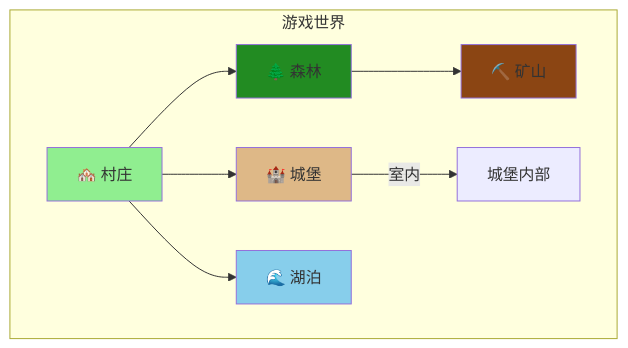
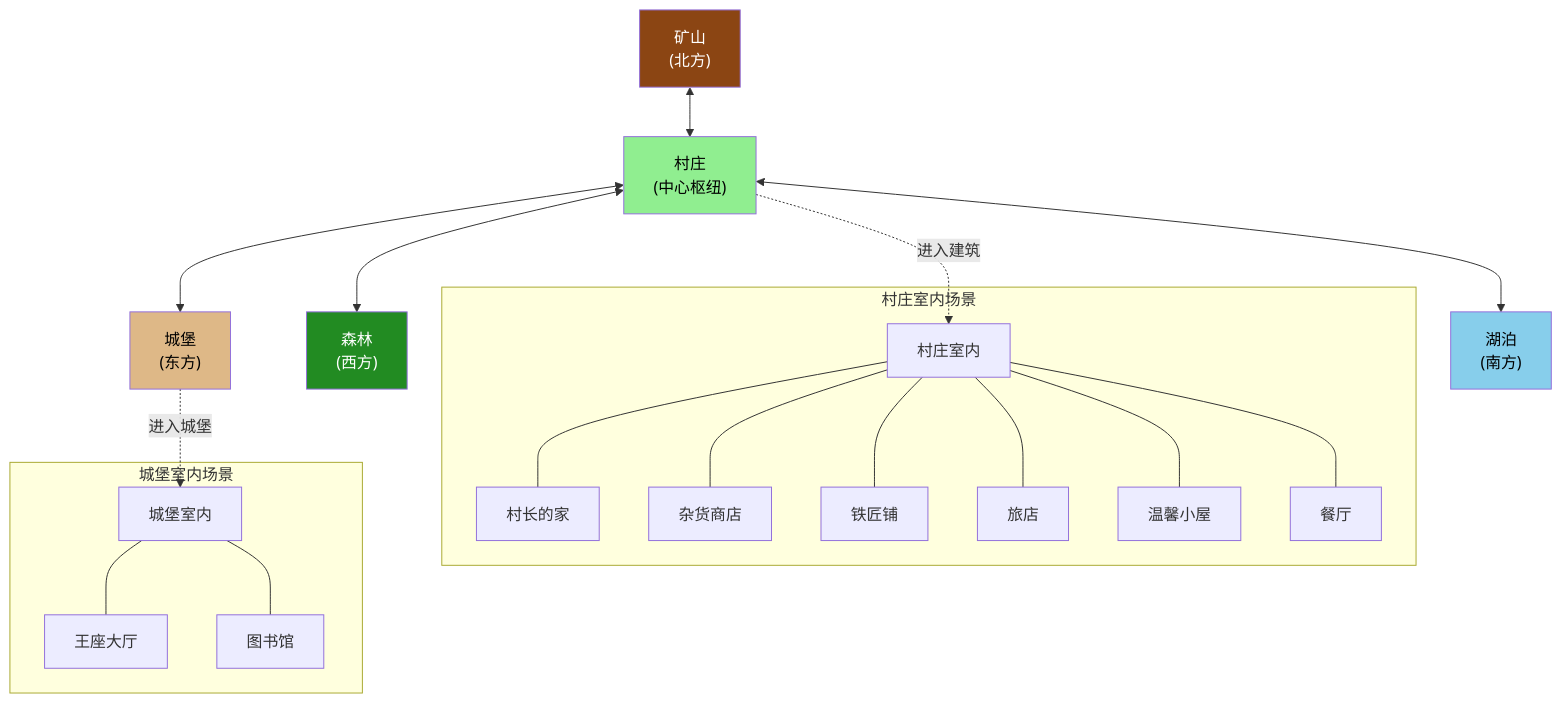
One commit to ChanMeng666/kaboom-rpg-adventure changed the first of 5 diagrams in README_zh.md. Above: the diagram before and after it, drawn with Mermaid. The commit also changed other lines of this file and 2 other files, not shown here.

````diff
--- a/README_zh.md
+++ b/README_zh.md
@@ -245,16 +246,30 @@
 ```mermaid
-graph TB
-    subgraph "游戏世界"
-        V[🏘️ 村庄] --> F[🌲 森林]
-        V --> C[🏰 城堡]
-        V --> L[🌊 湖泊]
-        F --> M[⛏️ 矿山]
-        C --> |室内| CI[城堡内部]
+graph TD
+    M["矿山<br/>(北方)"] <--> V["村庄<br/>(中心枢纽)"]
+    V <--> F["森林<br/>(西方)"]
+    V <--> C["城堡<br/>(东方)"]
+    V <--> L["湖泊<br/>(南方)"]
+
+    V -.->|进入建筑| VI["村庄室内"]
+    C -.->|进入城堡| CI["城堡室内"]
+
+    subgraph VI_SUB ["村庄室内场景"]
+        VI --- EH["村长的家"]
+        VI --- SH["杂货商店"]
+        VI --- SM["铁匠铺"]
+        VI --- INN["旅店"]
+        VI --- CZ["温馨小屋"]
+        VI --- RE["餐厅"]
     end
-    
-    style V fill:#90EE90
-    style F fill:#228B22
-    style C fill:#DEB887
-    style L fill:#87CEEB
-    style M fill:#8B4513
+
+    subgraph CI_SUB ["城堡室内场景"]
+        CI --- TR["王座大厅"]
+        CI --- LB["图书馆"]
+    end
+
+    style V fill:#90EE90,color:#000
+    style F fill:#228B22,color:#fff
+    style C fill:#DEB887,color:#000
+    style L fill:#87CEEB,color:#000
+    style M fill:#8B4513,color:#fff
 ```
````
